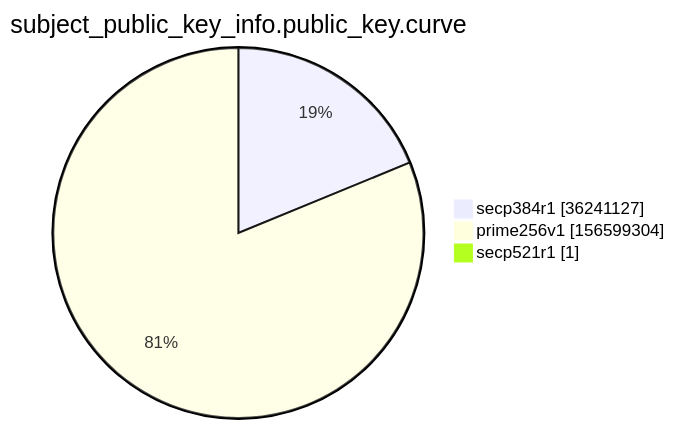
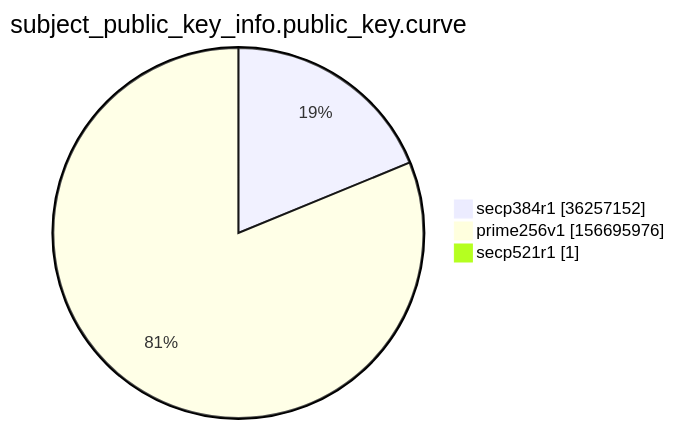
Before and after one commit to christiankrug/ctmonitor_visualization: the ninth of 15 diagrams in argon2022/README.md, drawn with Mermaid. The commit also changed other lines of this file, not shown here.

````diff
--- a/argon2022/README.md
+++ b/argon2022/README.md
@@ -2766,7 +2766,7 @@
 ```mermaid
 pie showData
 title subject_public_key_info.public_key.curve
-"secp384r1" :36241127
-"prime256v1" :156599304
+"secp384r1" :36257152
+"prime256v1" :156695976
 "secp521r1" :1
 ```
````
